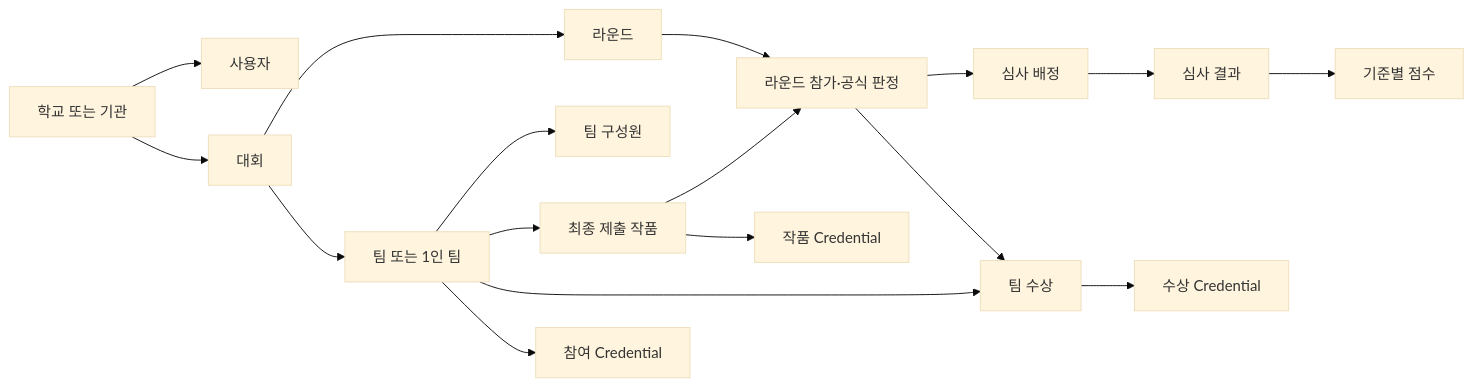
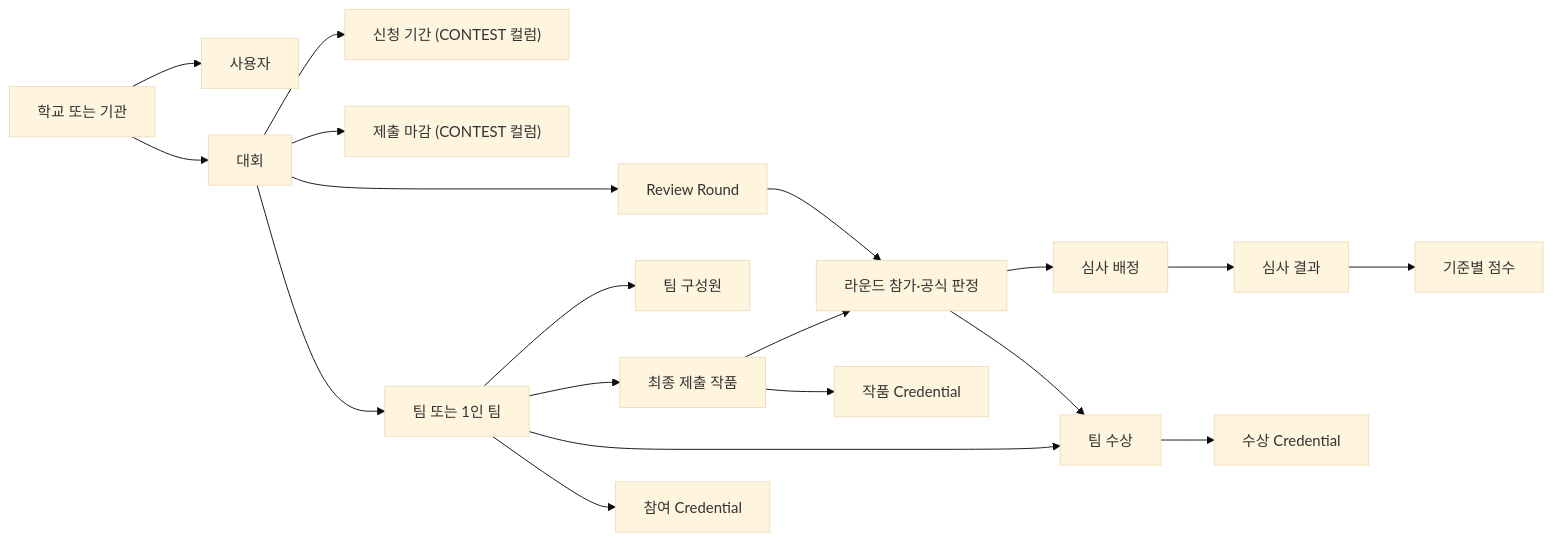
One commit to Tok-Baro/Trekkey_BackEnd changed the third of 22 diagrams in docs/architecture-diagrams.md. Above: the diagram before and after it, drawn with Mermaid (base theme). The commit also changed other lines of this file and 6 other files, not shown here.

Commit message:
docs: replace contest stages with review rounds

````diff
--- a/docs/architecture-diagrams.md
+++ b/docs/architecture-diagrams.md
@@ -119,19 +119,21 @@
 ```mermaid
 flowchart LR
     organization["학교 또는 기관"] --> user["사용자"]
     organization --> contest["대회"]
-    contest --> stage["라운드"]
+    contest --> applicationWindow["신청 기간 (CONTEST 컬럼)"]
+    contest --> submissionDeadline["제출 마감 (CONTEST 컬럼)"]
+    contest --> round["Review Round"]
     contest --> team["팀 또는 1인 팀"]
     team --> member["팀 구성원"]
     team --> submission["최종 제출 작품"]
-    submission --> stageEntry["라운드 참가·공식 판정"]
-    stage --> stageEntry
-    stageEntry --> assignment["심사 배정"]
+    submission --> roundEntry["라운드 참가·공식 판정"]
+    round --> roundEntry
+    roundEntry --> assignment["심사 배정"]
     assignment --> review["심사 결과"]
     review --> score["기준별 점수"]
-    stageEntry --> award["팀 수상"]
+    roundEntry --> award["팀 수상"]
     team --> award
     team --> participationCredential["참여 Credential"]
     submission --> workCredential["작품 Credential"]
     award --> awardCredential["수상 Credential"]
 ```
````
